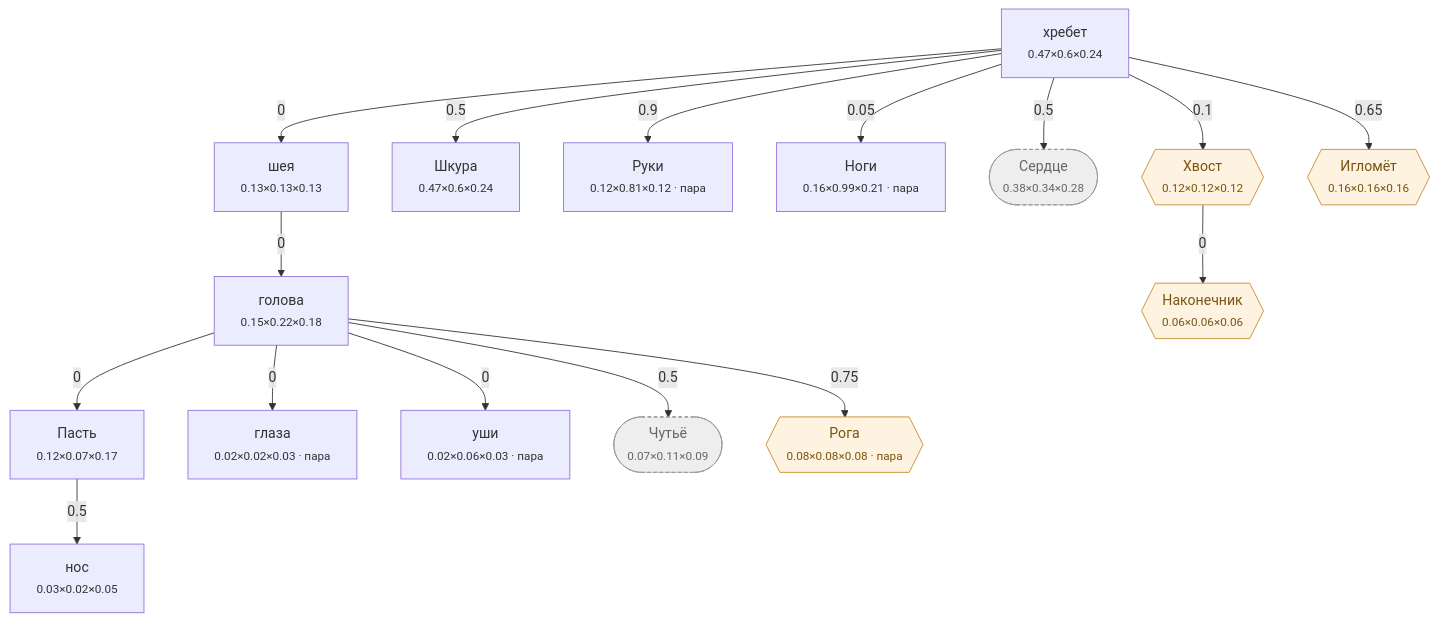
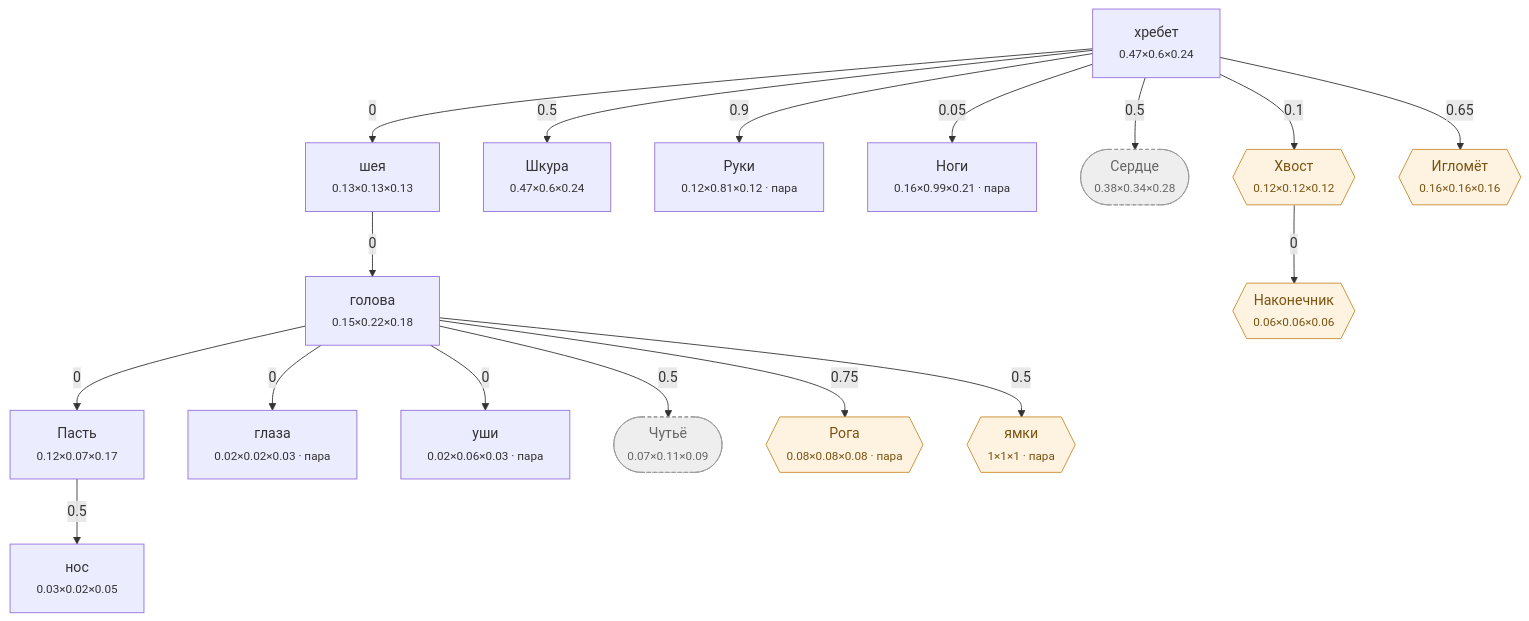
Before and after one commit to darklordshish/ChimeraEvolution-2026-06-26_15-29-59: the diagram in Docs/Диаграммы/Человек.md, drawn with Mermaid. The commit also changed other lines of this file and 15 other files, not shown here.

````diff
--- a/Docs/Диаграммы/Человек.md
+++ b/Docs/Диаграммы/Человек.md
@@ -71,41 +72,43 @@
 ```mermaid
 flowchart TD
     n0["хребет<br/><small>0.47×0.6×0.24</small>"]
     n1["нос<br/><small>0.03×0.02×0.05</small>"]
     n2["голова<br/><small>0.15×0.22×0.18</small>"]
     n3["Пасть<br/><small>0.12×0.07×0.17</small>"]
     n4["глаза<br/><small>0.02×0.02×0.03 · пара</small>"]
     n5["уши<br/><small>0.02×0.06×0.03 · пара</small>"]
     n6["шея<br/><small>0.13×0.13×0.13</small>"]
     n7["Шкура<br/><small>0.47×0.6×0.24</small>"]
     n8["Руки<br/><small>0.12×0.81×0.12 · пара</small>"]
     n9["Ноги<br/><small>0.16×0.99×0.21 · пара</small>"]
     n10(["Сердце<br/><small>0.38×0.34×0.28</small>"])
     n11(["Чутьё<br/><small>0.07×0.11×0.09</small>"])
     n12{{"Хвост<br/><small>0.12×0.12×0.12</small>"}}
     n13{{"Рога<br/><small>0.08×0.08×0.08 · пара</small>"}}
     n14{{"Наконечник<br/><small>0.06×0.06×0.06</small>"}}
     n15{{"Игломёт<br/><small>0.16×0.16×0.16</small>"}}
+    n16{{"ямки<br/><small>1×1×1 · пара</small>"}}
 
     n3 -->|0.5| n1
     n6 -->|0| n2
     n2 -->|0| n3
     n2 -->|0| n4
     n2 -->|0| n5
     n0 -->|0| n6
     n0 -->|0.5| n7
     n0 -->|0.9| n8
     n0 -->|0.05| n9
     n0 -->|0.5| n10
     n2 -->|0.5| n11
     n0 -->|0.1| n12
     n2 -->|0.75| n13
     n12 -->|0| n14
     n0 -->|0.65| n15
+    n2 -->|0.5| n16
 
     classDef hid fill:#eee,stroke:#999,stroke-dasharray:4 3,color:#666
     classDef gr fill:#fdf3e0,stroke:#c98a2b,color:#7a5310
     classDef ch fill:#e8f2ff,stroke:#3b74c4,color:#1c3f70
     class n10,n11 hid
-    class n12,n13,n14,n15 gr
+    class n12,n13,n14,n15,n16 gr
 ```
````
